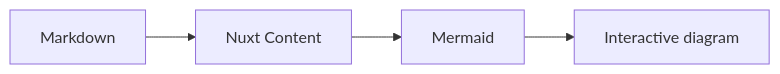
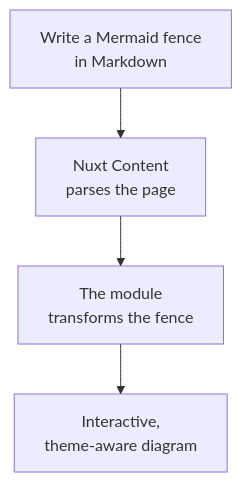
Before and after one commit to andy820621/nuxt-content-mermaid: the diagram in website/content/1.index.md, drawn with Mermaid. The commit also changed 9 other files, not shown here.

````diff
--- a/website/content/1.index.md
+++ b/website/content/1.index.md
@@ -7,6 +7,11 @@
 ```mermaid
-flowchart LR
-  Markdown --> Content[Nuxt Content]
-  Content --> Mermaid
-  Mermaid --> Diagram[Interactive diagram]
+flowchart TD
+  Source["Write a Mermaid fence<br/>in Markdown"]
+  Content["Nuxt Content<br/>parses the page"]
+  Module["The module<br/>transforms the fence"]
+  Diagram["Interactive,<br/>theme-aware diagram"]
+
+  Source --> Content
+  Content --> Module
+  Module --> Diagram
 ```
````
